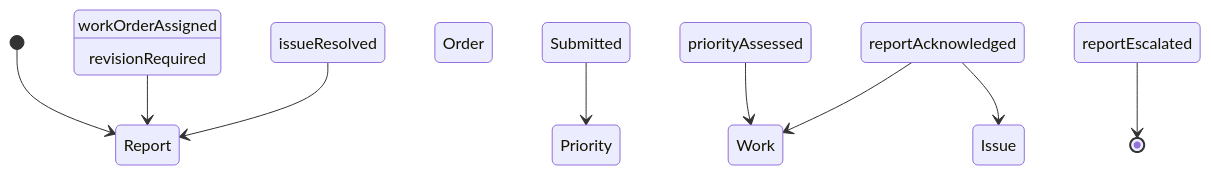
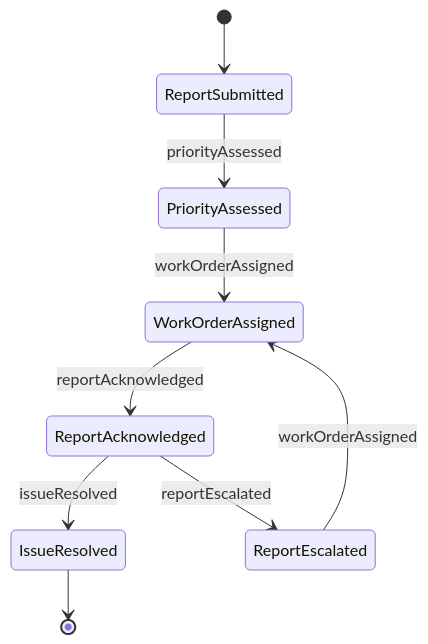
The second of 4 diagrams in CommunicatingWithSupervisorsPeersOrSubordinates/NotifyOthersOfEmergenciesOrProblems/ReportMaintenanceEquipmentProblemsAppropriate.mdx (dot-org-ai/tasks.org.ai), drawn with Mermaid before and after one commit. The commit also changed other lines of this file and 515 other files, not shown here.

````diff
--- a/CommunicatingWithSupervisorsPeersOrSubordinates/NotifyOthersOfEmergenciesOrProblems/ReportMaintenanceEquipmentProblemsAppropriate.mdx
+++ b/CommunicatingWithSupervisorsPeersOrSubordinates/NotifyOthersOfEmergenciesOrProblems/ReportMaintenanceEquipmentProblemsAppropriate.mdx
@@ -95,11 +95,11 @@
 ```mermaid
 stateDiagram-v2
-    [*] --> Report Submitted
-    Report Submitted --> Priority Assessed : priorityAssessed
-    Priority Assessed --> Work Order Assigned : workOrderAssigned
-    Work Order Assigned --> Report Acknowledged : reportAcknowledged
-    Report Acknowledged --> Issue Resolved : issueResolved
-    Issue Resolved --> Report Escalated : reportEscalated
-    Report Acknowledged --> Work Order Assigned : revisionRequired
-    Report Escalated --> [*]
+    [*] --> ReportSubmitted
+    ReportSubmitted --> PriorityAssessed : priorityAssessed
+    PriorityAssessed --> WorkOrderAssigned : workOrderAssigned
+    WorkOrderAssigned --> ReportAcknowledged : reportAcknowledged
+    ReportAcknowledged --> IssueResolved : issueResolved
+    ReportAcknowledged --> ReportEscalated : reportEscalated
+    ReportEscalated --> WorkOrderAssigned : workOrderAssigned
+    IssueResolved --> [*]
 ```
````
